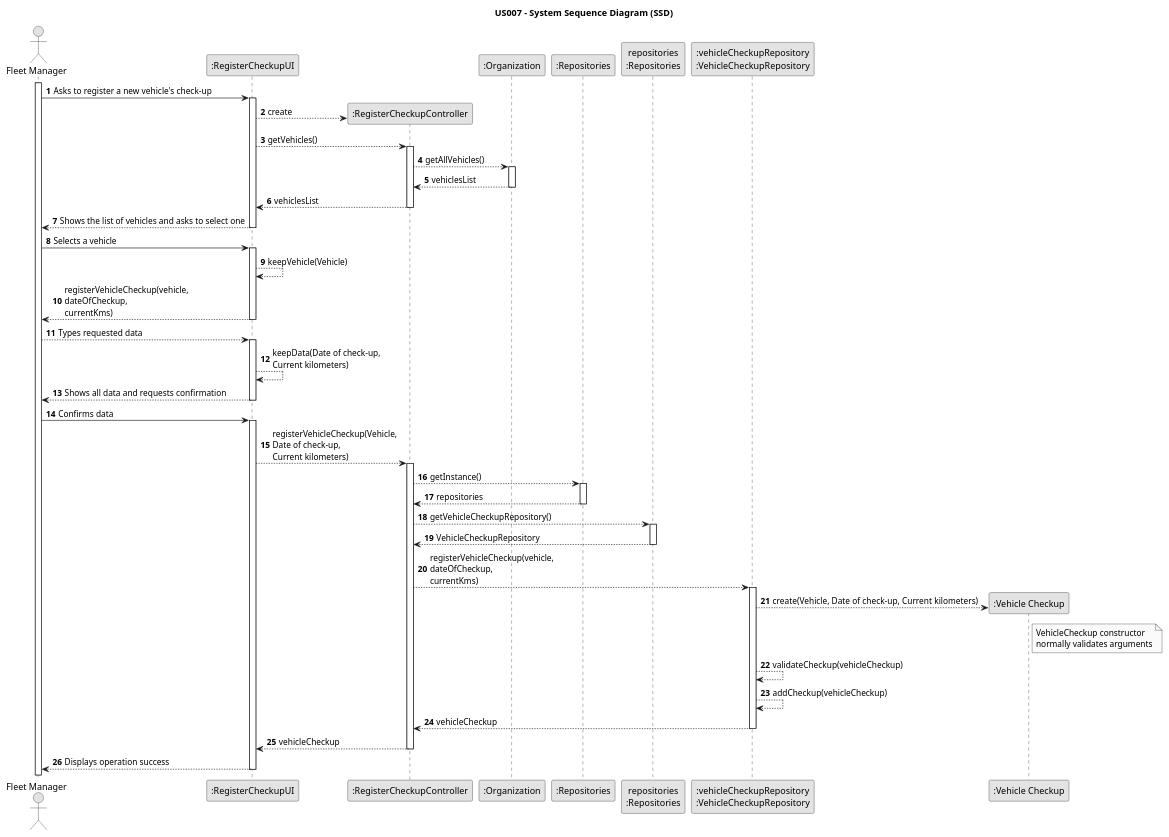
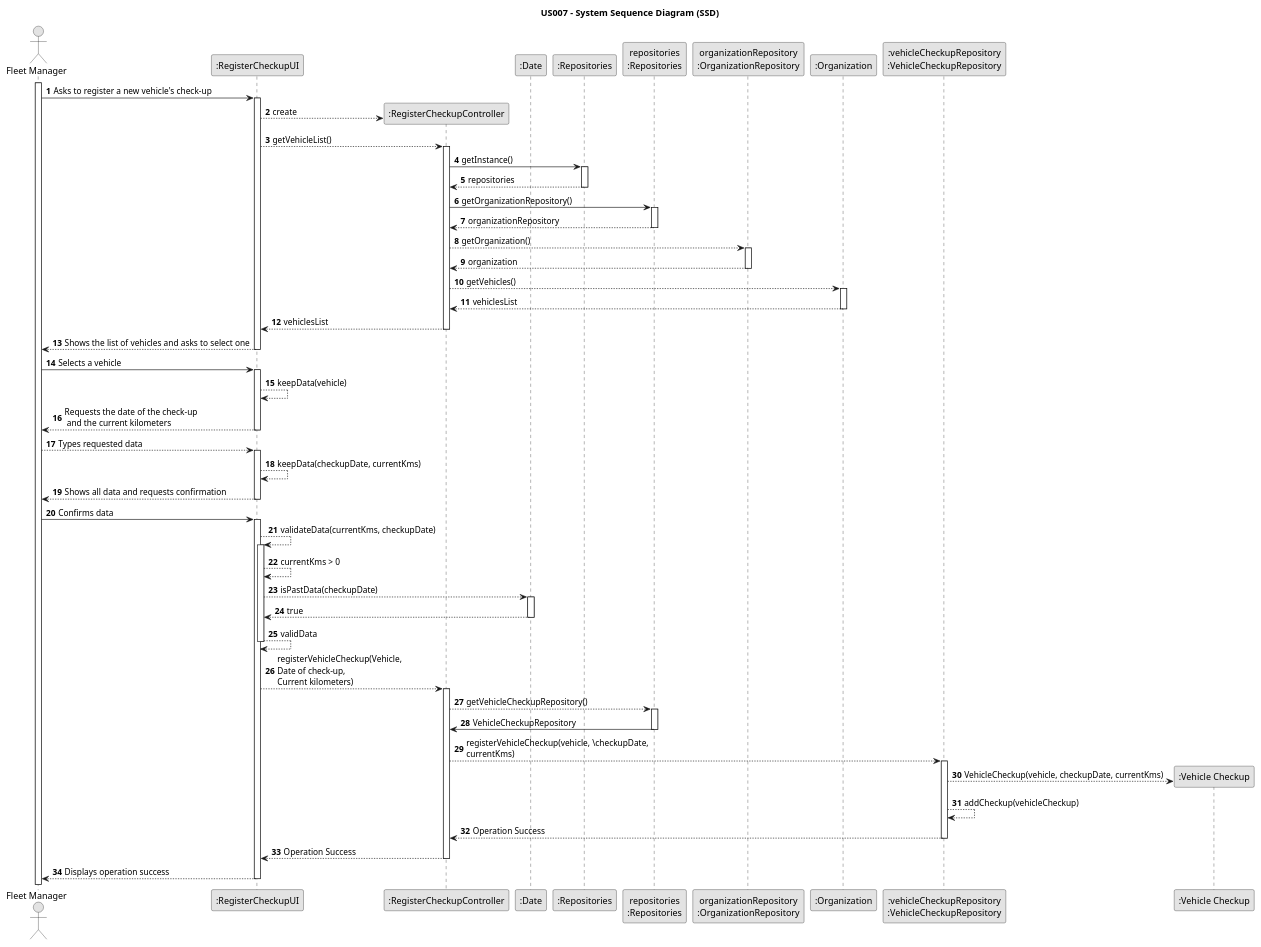
One commit to Rui-San/LAPR2_2023_2024 changed the diagram in docs/sprintB/us007/03.design/puml/us007-sequence-diagram-full.puml. Above: the diagram before and after it, drawn with PlantUML.

Commit message:
US007: Significant alterations to Sequence Diagram, added "Date" class and more repositories

```diff
--- a/docs/sprintB/us007/03.design/puml/us007-sequence-diagram-full.puml
+++ b/docs/sprintB/us007/03.design/puml/us007-sequence-diagram-full.puml
@@ -1,95 +1,113 @@
 @startuml
 skinparam monochrome true
 skinparam packageStyle rectangle
 skinparam shadowing false
 
 title US007 - System Sequence Diagram (SSD)
 
 autonumber
 
 actor "Fleet Manager" as Employee
 participant ":RegisterCheckupUI" as UI
 participant ":RegisterCheckupController" as RCCtrl
+participant ":Date" as Date
 'participant "taskCategoryRepository:\nTaskCategoryRepository" as TaskCategoryRepository
 'participant ":ApplicationSession" as _APP
 'participant "appSession\n:ApplicationSession" as APP
 'participant "currentSession\n:UserSession" as SESSAO
 'participant "vehicleRepository:\nVehicleRepository" as VehicleRepository
-participant ":Organization" as Organization
 participant ":Repositories" as RepositorySingleton
 participant "repositories\n:Repositories" as PLAT
+participant "organizationRepository\n:OrganizationRepository" as OrganizationRepository
+participant ":Organization" as Organization
 participant ":vehicleCheckupRepository\n:VehicleCheckupRepository" as VCRepo
 'participant "organizationRepository:\nOrganizationRepository" as OrganizationRepository
 participant ":Vehicle Checkup" as VCheckup
 
 activate Employee
 
     Employee -> UI : Asks to register a new vehicle's check-up
     activate UI
 
         UI --> RCCtrl** : create
-        UI --> RCCtrl : getVehicles()
+        UI --> RCCtrl : getVehicleList()
         activate RCCtrl
 
-            RCCtrl --> Organization : getAllVehicles()
+            RCCtrl -> RepositorySingleton : getInstance()
+            activate RepositorySingleton
+
+                RepositorySingleton --> RCCtrl : repositories
+            deactivate RepositorySingleton
+            RCCtrl -> PLAT : getOrganizationRepository()
+            activate PLAT
+
+                PLAT --> RCCtrl : organizationRepository
+            deactivate PLAT
+            RCCtrl --> OrganizationRepository : getOrganization()
+            activate OrganizationRepository
+
+                OrganizationRepository --> RCCtrl : organization
+            deactivate OrganizationRepository
+            RCCtrl --> Organization : getVehicles()
             activate Organization
 
                 Organization --> RCCtrl : vehiclesList
             deactivate Organization
-
             RCCtrl --> UI : vehiclesList
         deactivate RCCtrl
 
         UI --> Employee : Shows the list of vehicles and asks to select one
     deactivate UI
 
     Employee -> UI : Selects a vehicle
     activate UI
 
-        UI --> UI : keepVehicle(Vehicle)
-        UI --> Employee : registerVehicleCheckup(vehicle, \ndateOfCheckup, \ncurrentKms)
+        UI --> UI : keepData(vehicle)
+        UI --> Employee : Requests the date of the check-up\n and the current kilometers
     deactivate UI
 
     Employee --> UI : Types requested data
     activate UI
 
-        UI --> UI : keepData(Date of check-up, \nCurrent kilometers)
+        UI --> UI : keepData(checkupDate, currentKms)
         UI --> Employee : Shows all data and requests confirmation
     deactivate UI
 
     Employee -> UI : Confirms data
     activate UI
 
+        UI --> UI : validateData(currentKms, checkupDate)
+        activate UI
+
+            UI --> UI : currentKms > 0
+            UI --> Date : isPastData(checkupDate)
+            activate Date
+
+                Date --> UI : true
+            deactivate Date
+            UI --> UI : validData
+        deactivate UI
+
         UI --> RCCtrl : registerVehicleCheckup(Vehicle, \nDate of check-up, \nCurrent kilometers)
         activate RCCtrl
 
-            RCCtrl --> RepositorySingleton : getInstance()
-            activate RepositorySingleton
-
-                RepositorySingleton --> RCCtrl : repositories
-            deactivate RepositorySingleton
             RCCtrl --> PLAT : getVehicleCheckupRepository()
             activate PLAT
 
-                PLAT --> RCCtrl : VehicleCheckupRepository
+                PLAT -> RCCtrl : VehicleCheckupRepository
             deactivate PLAT
-            RCCtrl --> VCRepo : registerVehicleCheckup(vehicle, \ndateOfCheckup, \ncurrentKms)
+            RCCtrl --> VCRepo : registerVehicleCheckup(vehicle, \checkupDate, \ncurrentKms)
             activate VCRepo
 
-                VCRepo --> VCheckup** : create(Vehicle, Date of check-up, Current kilometers)
-                note right of VCheckup
-                    VehicleCheckup constructor
-                    normally validates arguments
-                end note
-                VCRepo --> VCRepo : validateCheckup(vehicleCheckup)
+                VCRepo --> VCheckup** : VehicleCheckup(vehicle, checkupDate, currentKms)
                 VCRepo --> VCRepo : addCheckup(vehicleCheckup)
-                VCRepo --> RCCtrl : vehicleCheckup
+                VCRepo --> RCCtrl : Operation Success
             deactivate VCRepo
 
-            RCCtrl --> UI : vehicleCheckup
+            RCCtrl --> UI : Operation Success
         deactivate RCCtrl
 
         UI --> Employee : Displays operation success
     deactivate UI
 
 @enduml
```
